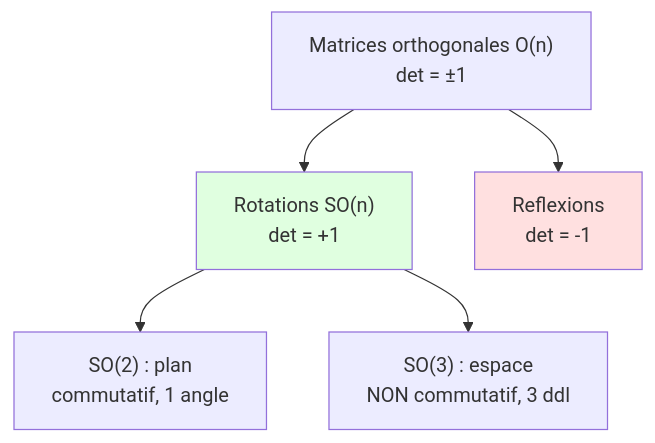
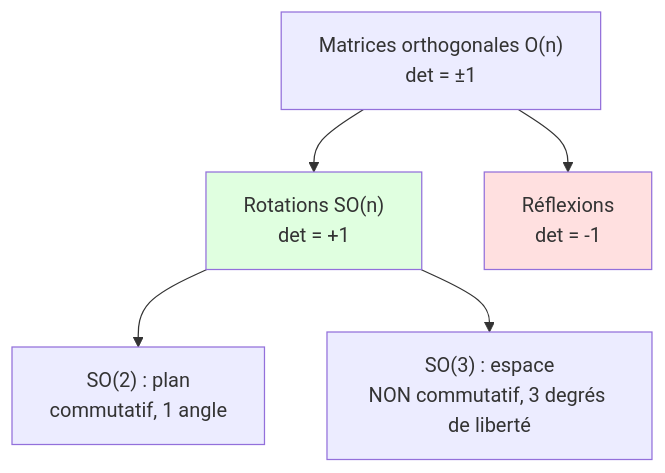
One commit to tanguychenier/Mathematiques-pour-le-Machine-Learning changed the third of 3 diagrams in chapitres/03-geometrie-analytique.md. Above: the diagram before and after it, drawn with Mermaid. The commit also changed other lines of this file and 14 other files, not shown here.

Commit message:
docs: review tone and accents, explain terms, drop em-dashes, add three diagrams

````diff
--- a/chapitres/03-geometrie-analytique.md
+++ b/chapitres/03-geometrie-analytique.md
@@ -1002,9 +1002,9 @@
 ```mermaid
 graph TD
     O["Matrices orthogonales O(n)<br/>det = ±1"] --> S["Rotations SO(n)<br/>det = +1"]
-    O --> R["Reflexions<br/>det = -1"]
+    O --> R["Réflexions<br/>det = -1"]
     S --> S2["SO(2) : plan<br/>commutatif, 1 angle"]
-    S --> S3["SO(3) : espace<br/>NON commutatif, 3 ddl"]
+    S --> S3["SO(3) : espace<br/>NON commutatif, 3 degrés de liberté"]
     style S fill:#e0ffe0
     style R fill:#ffe0e0
 ```
````
